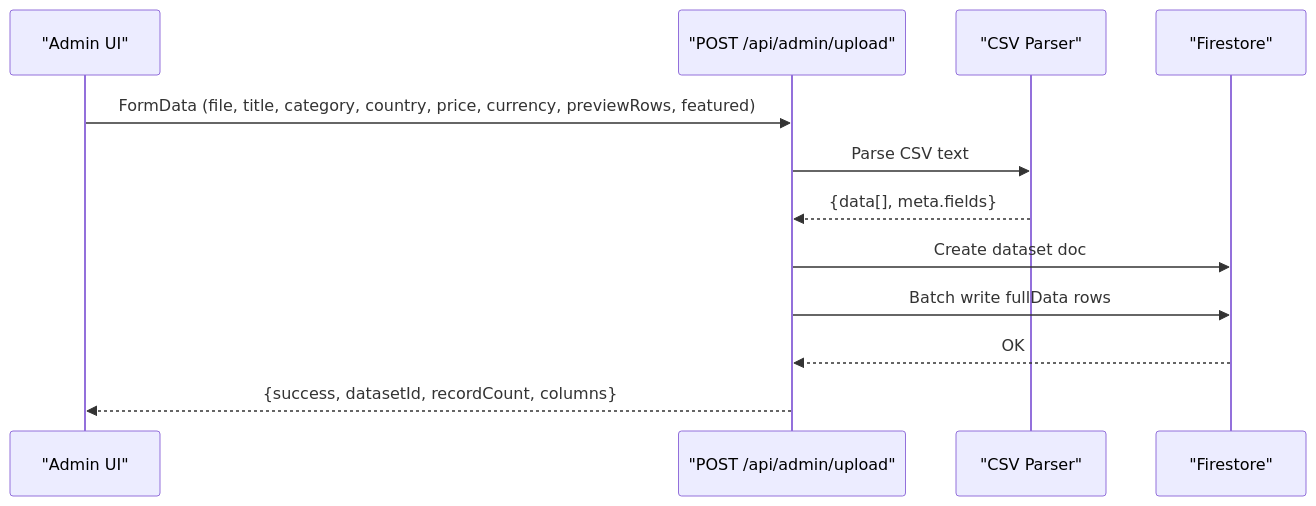
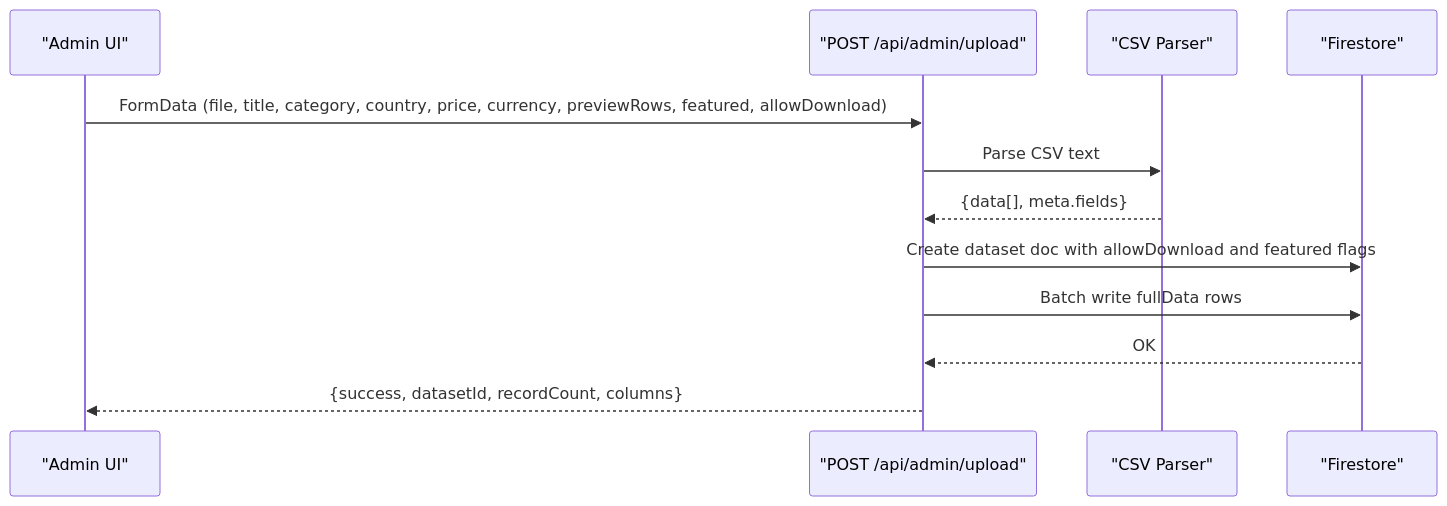
One commit to alikizang/datafrica changed the fifth of 8 diagrams in .qoder/repowiki/en/content/Dataset Management/Dataset Management.md. Above: the diagram before and after it, drawn with Mermaid. The commit also changed other lines of this file and 15 other files, not shown here.

````diff
--- a/.qoder/repowiki/en/content/Dataset Management/Dataset Management.md
+++ b/.qoder/repowiki/en/content/Dataset Management/Dataset Management.md
@@ -277,14 +295,14 @@
 ```mermaid
 sequenceDiagram
 participant Admin as "Admin UI"
 participant Upload as "POST /api/admin/upload"
 participant Parse as "CSV Parser"
 participant DB as "Firestore"
-Admin->>Upload : FormData (file, title, category, country, price, currency, previewRows, featured)
+Admin->>Upload : FormData (file, title, category, country, price, currency, previewRows, featured, allowDownload)
 Upload->>Parse : Parse CSV text
 Parse-->>Upload : {data[], meta.fields}
-Upload->>DB : Create dataset doc
+Upload->>DB : Create dataset doc with allowDownload and featured flags
 Upload->>DB : Batch write fullData rows
 DB-->>Upload : OK
 Upload-->>Admin : {success, datasetId, recordCount, columns}
 ```
````
